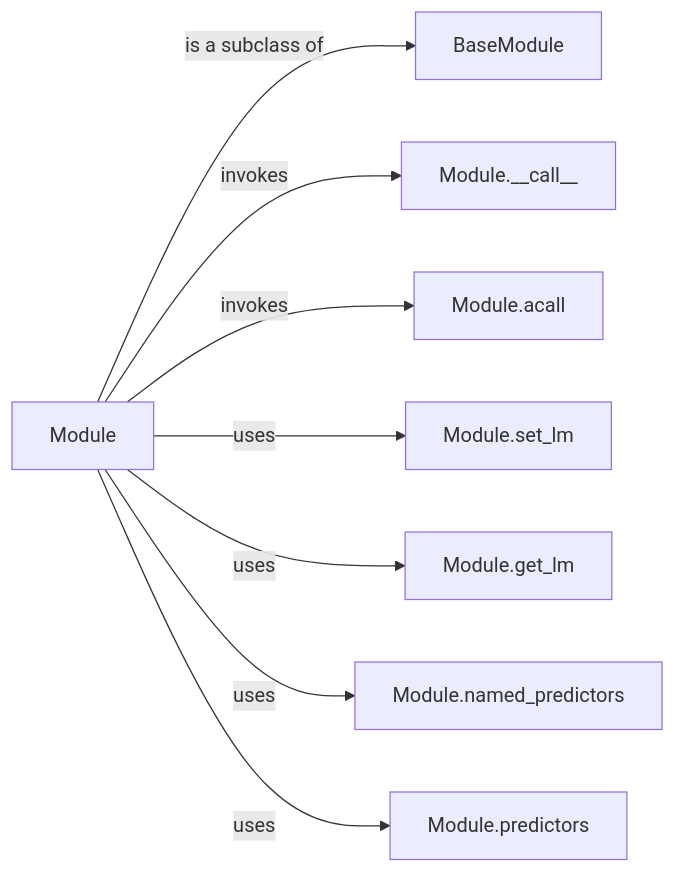
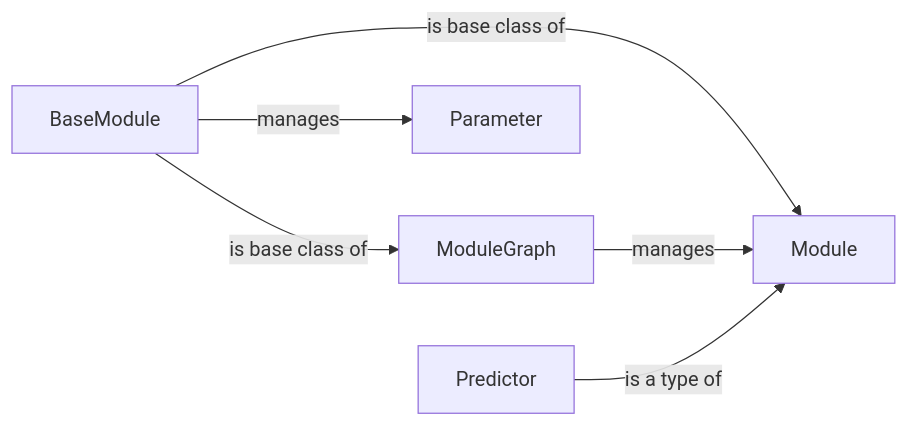
One commit to CodeBoarding/GeneratedOnBoardings changed the diagram in dspy/Module Composition and Execution.md. Above: the diagram before and after it, drawn with Mermaid. The commit also changed other lines of this file and 5 other files, not shown here.

````diff
--- a/dspy/Module Composition and Execution.md
+++ b/dspy/Module Composition and Execution.md
@@ -1,18 +1,13 @@
 ```mermaid
 graph LR
     BaseModule["BaseModule"]
     Module["Module"]
-    Module___call__["Module.__call__"]
-    Module_acall["Module.acall"]
-    Module_set_lm["Module.set_lm"]
-    Module_get_lm["Module.get_lm"]
-    Module_named_predictors["Module.named_predictors"]
-    Module_predictors["Module.predictors"]
-    Module -- "is a subclass of" --> BaseModule
-    Module -- "invokes" --> Module___call__
-    Module -- "invokes" --> Module_acall
-    Module -- "uses" --> Module_set_lm
-    Module -- "uses" --> Module_get_lm
-    Module -- "uses" --> Module_named_predictors
-    Module -- "uses" --> Module_predictors
+    ModuleGraph["ModuleGraph"]
+    Parameter["Parameter"]
+    Predictor["Predictor"]
+    BaseModule -- "is base class of" --> Module
+    ModuleGraph -- "manages" --> Module
+    BaseModule -- "is base class of" --> ModuleGraph
+    BaseModule -- "manages" --> Parameter
+    Predictor -- "is a type of" --> Module
 ```
````
